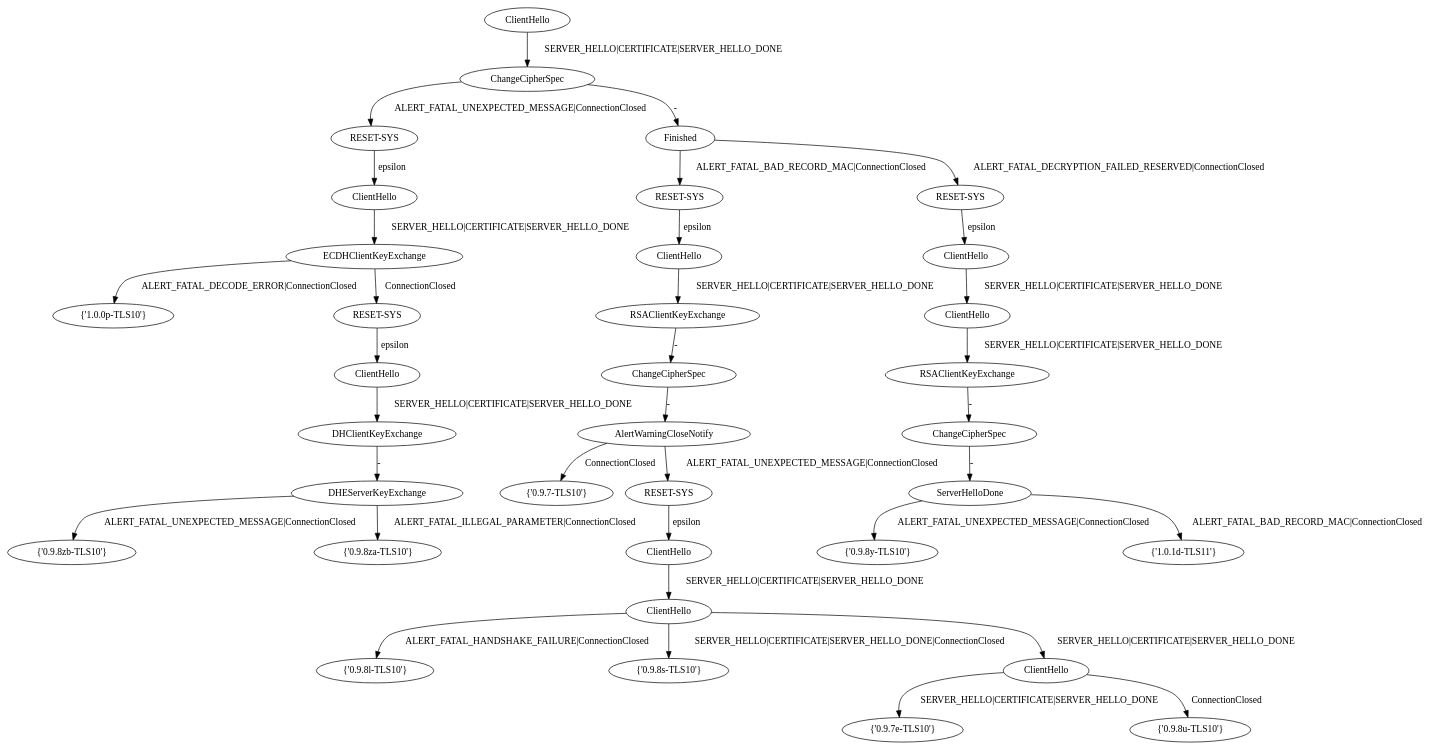
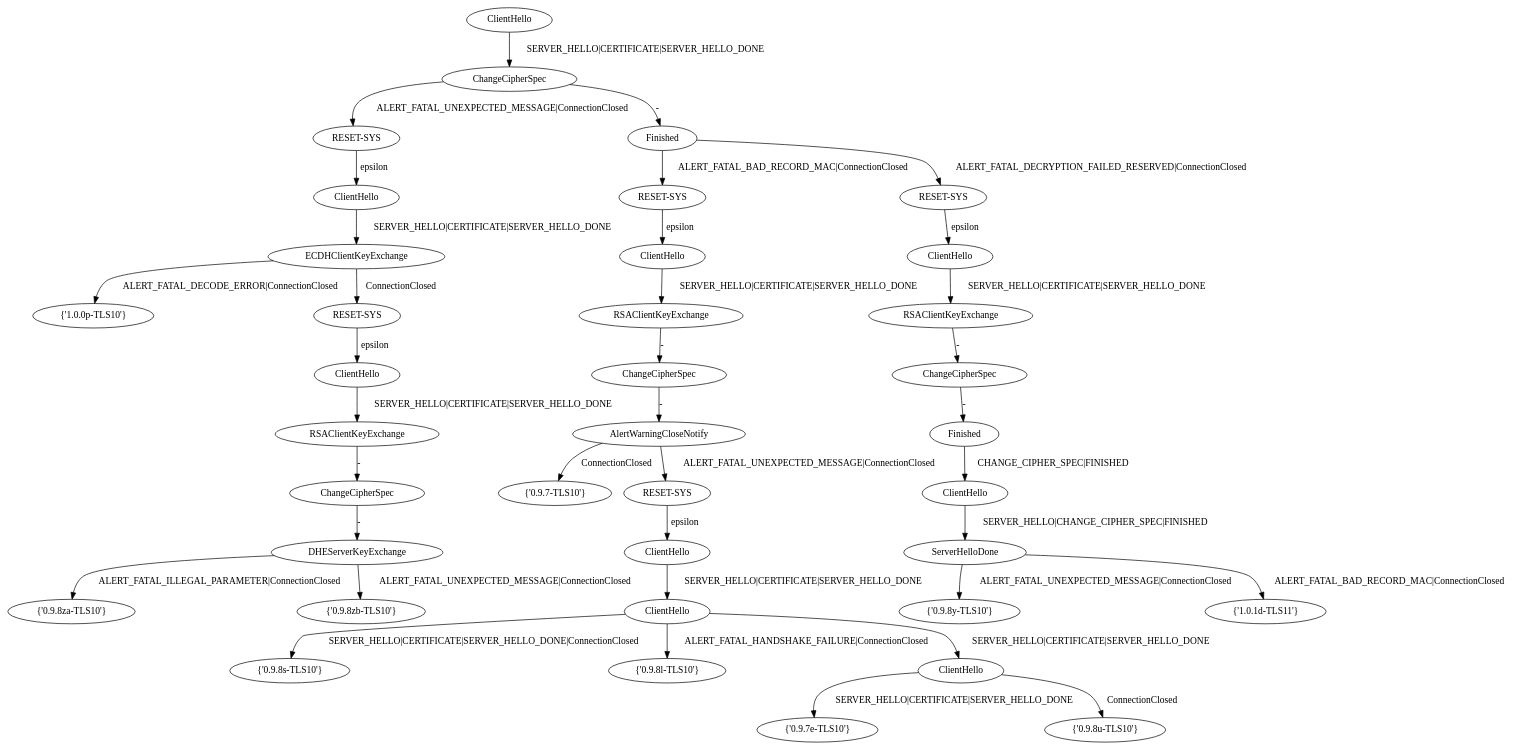
The diagram in family-fingerprinter/CDS.dot (GianniM123/FFSM_fingerprint), drawn with Graphviz before and after one commit. The commit also changed 3 other files, not shown here.

```diff
--- a/family-fingerprinter/CDS.dot
+++ b/family-fingerprinter/CDS.dot
@@ -1,106 +1,112 @@
 digraph "" {
 	node [label="\N"];
 	a0	[label=ClientHello];
 	a1	[label=ChangeCipherSpec];
 	a0 -> a1	[key=0,
 		label="SERVER_HELLO|CERTIFICATE|SERVER_HELLO_DONE"];
 	a23	[label="RESET-SYS"];
 	a1 -> a23	[key=0,
 		label="ALERT_FATAL_UNEXPECTED_MESSAGE|ConnectionClosed"];
 	a66	[label=Finished];
 	a1 -> a66	[key=0,
 		label="-"];
 	a24	[label=ClientHello];
 	a23 -> a24	[key=0,
 		label=epsilon];
 	a25	[label=ECDHClientKeyExchange];
 	a24 -> a25	[key=0,
 		label="SERVER_HELLO|CERTIFICATE|SERVER_HELLO_DONE"];
 	a26	[label="{'1.0.0p-TLS10'}"];
 	a25 -> a26	[key=0,
 		label="ALERT_FATAL_DECODE_ERROR|ConnectionClosed"];
 	a320	[label="RESET-SYS"];
 	a25 -> a320	[key=0,
 		label=ConnectionClosed];
 	a72	[label="RESET-SYS"];
 	a66 -> a72	[key=0,
 		label="ALERT_FATAL_BAD_RECORD_MAC|ConnectionClosed"];
 	a217	[label="RESET-SYS"];
 	a66 -> a217	[key=0,
 		label="ALERT_FATAL_DECRYPTION_FAILED_RESERVED|ConnectionClosed"];
 	a73	[label=ClientHello];
 	a72 -> a73	[key=0,
 		label=epsilon];
 	a74	[label=RSAClientKeyExchange];
 	a73 -> a74	[key=0,
 		label="SERVER_HELLO|CERTIFICATE|SERVER_HELLO_DONE"];
 	a228	[label=ChangeCipherSpec];
 	a74 -> a228	[key=0,
 		label="-"];
 	a218	[label=ClientHello];
 	a217 -> a218	[key=0,
 		label=epsilon];
-	a219	[label=ClientHello];
+	a219	[label=RSAClientKeyExchange];
 	a218 -> a219	[key=0,
 		label="SERVER_HELLO|CERTIFICATE|SERVER_HELLO_DONE"];
-	a350	[label=RSAClientKeyExchange];
-	a219 -> a350	[key=0,
-		label="SERVER_HELLO|CERTIFICATE|SERVER_HELLO_DONE"];
+	a220	[label=ChangeCipherSpec];
+	a219 -> a220	[key=0,
+		label="-"];
+	a221	[label=Finished];
+	a220 -> a221	[key=0,
+		label="-"];
+	a359	[label=ClientHello];
+	a221 -> a359	[key=0,
+		label="CHANGE_CIPHER_SPEC|FINISHED"];
 	a229	[label=AlertWarningCloseNotify];
 	a228 -> a229	[key=0,
 		label="-"];
 	a230	[label="{'0.9.7-TLS10'}"];
 	a229 -> a230	[key=0,
 		label=ConnectionClosed];
 	a641	[label="RESET-SYS"];
 	a229 -> a641	[key=0,
 		label="ALERT_FATAL_UNEXPECTED_MESSAGE|ConnectionClosed"];
 	a321	[label=ClientHello];
 	a320 -> a321	[key=0,
 		label=epsilon];
-	a322	[label=DHClientKeyExchange];
+	a322	[label=RSAClientKeyExchange];
 	a321 -> a322	[key=0,
 		label="SERVER_HELLO|CERTIFICATE|SERVER_HELLO_DONE"];
-	a323	[label=DHEServerKeyExchange];
-	a322 -> a323	[key=0,
+	a326	[label=ChangeCipherSpec];
+	a322 -> a326	[key=0,
 		label="-"];
-	a324	[label="{'0.9.8zb-TLS10'}"];
-	a323 -> a324	[key=0,
+	a480	[label=DHEServerKeyExchange];
+	a326 -> a480	[key=0,
+		label="-"];
+	a487	[label=ServerHelloDone];
+	a359 -> a487	[key=0,
+		label="SERVER_HELLO|CHANGE_CIPHER_SPEC|FINISHED"];
+	a481	[label="{'0.9.8za-TLS10'}"];
+	a480 -> a481	[key=0,
+		label="ALERT_FATAL_ILLEGAL_PARAMETER|ConnectionClosed"];
+	a482	[label="{'0.9.8zb-TLS10'}"];
+	a480 -> a482	[key=0,
 		label="ALERT_FATAL_UNEXPECTED_MESSAGE|ConnectionClosed"];
-	a325	[label="{'0.9.8za-TLS10'}"];
-	a323 -> a325	[key=0,
-		label="ALERT_FATAL_ILLEGAL_PARAMETER|ConnectionClosed"];
-	a351	[label=ChangeCipherSpec];
-	a350 -> a351	[key=0,
-		label="-"];
-	a352	[label=ServerHelloDone];
-	a351 -> a352	[key=0,
-		label="-"];
-	a357	[label="{'0.9.8y-TLS10'}"];
-	a352 -> a357	[key=0,
+	a492	[label="{'0.9.8y-TLS10'}"];
+	a487 -> a492	[key=0,
 		label="ALERT_FATAL_UNEXPECTED_MESSAGE|ConnectionClosed"];
-	a358	[label="{'1.0.1d-TLS11'}"];
-	a352 -> a358	[key=0,
+	a493	[label="{'1.0.1d-TLS11'}"];
+	a487 -> a493	[key=0,
 		label="ALERT_FATAL_BAD_RECORD_MAC|ConnectionClosed"];
 	a642	[label=ClientHello];
 	a641 -> a642	[key=0,
 		label=epsilon];
 	a643	[label=ClientHello];
 	a642 -> a643	[key=0,
 		label="SERVER_HELLO|CERTIFICATE|SERVER_HELLO_DONE"];
-	a644	[label="{'0.9.8l-TLS10'}"];
+	a644	[label="{'0.9.8s-TLS10'}"];
 	a643 -> a644	[key=0,
+		label="SERVER_HELLO|CERTIFICATE|SERVER_HELLO_DONE|ConnectionClosed"];
+	a645	[label="{'0.9.8l-TLS10'}"];
+	a643 -> a645	[key=0,
 		label="ALERT_FATAL_HANDSHAKE_FAILURE|ConnectionClosed"];
-	a645	[label="{'0.9.8s-TLS10'}"];
-	a643 -> a645	[key=0,
-		label="SERVER_HELLO|CERTIFICATE|SERVER_HELLO_DONE|ConnectionClosed"];
 	a761	[label=ClientHello];
 	a643 -> a761	[key=0,
 		label="SERVER_HELLO|CERTIFICATE|SERVER_HELLO_DONE"];
 	a762	[label="{'0.9.7e-TLS10'}"];
 	a761 -> a762	[key=0,
 		label="SERVER_HELLO|CERTIFICATE|SERVER_HELLO_DONE"];
 	a763	[label="{'0.9.8u-TLS10'}"];
 	a761 -> a763	[key=0,
 		label=ConnectionClosed];
 }
```
